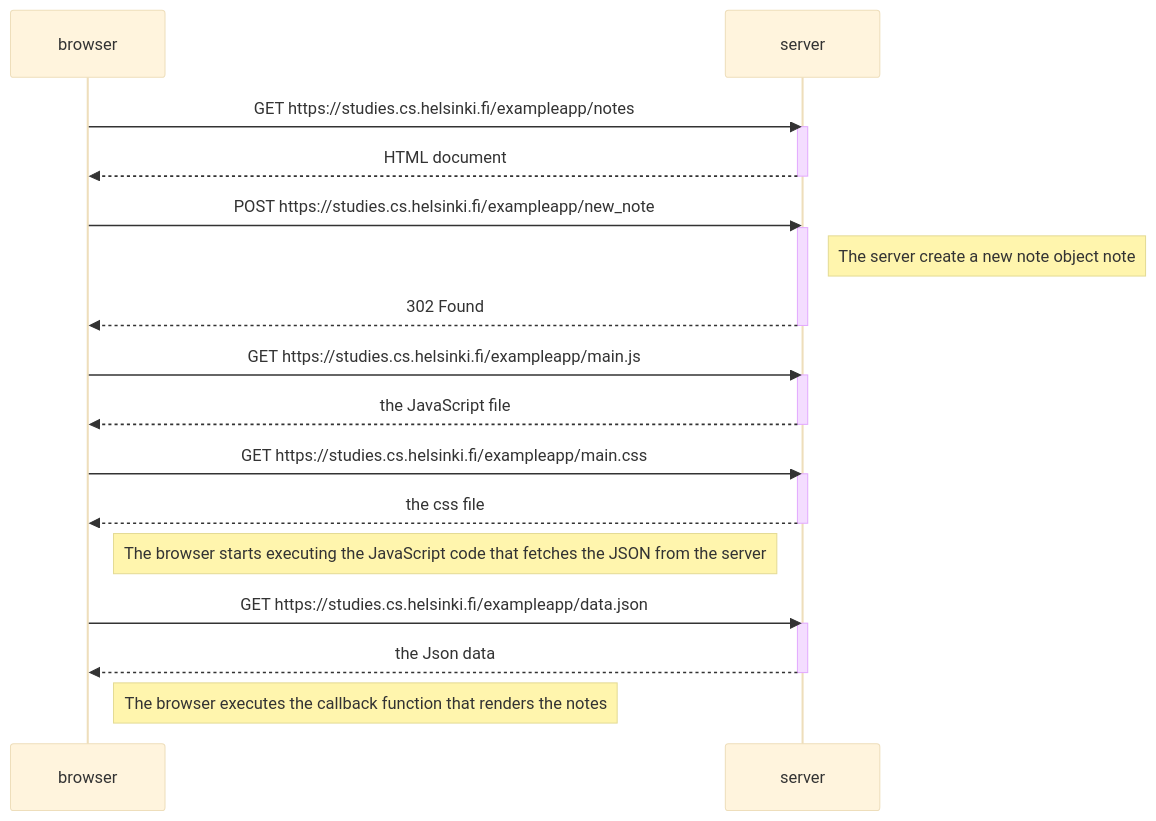
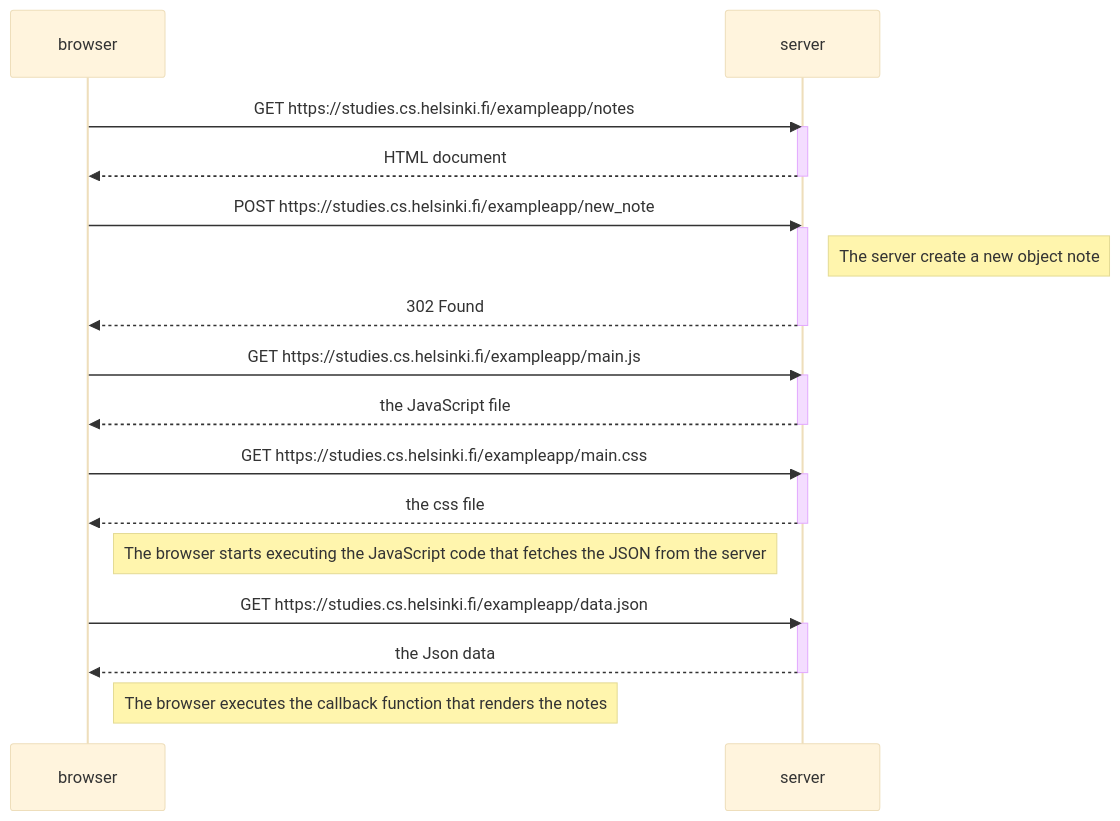
The diagram in part0/ejercicio04.mmd (MariaElena86/FullStack-UniversityHelsinki), drawn with Mermaid (base theme) before and after one commit.

Commit message:
update ex 4

```diff
--- a/part0/ejercicio04.mmd
+++ b/part0/ejercicio04.mmd
@@ -1,33 +1,33 @@
 sequenceDiagram
     participant browser
     participant server
 
    browser->>server: GET https://studies.cs.helsinki.fi/exampleapp/notes
     activate server
     server-->>browser: HTML document
     deactivate server
 
     browser->>server: POST https://studies.cs.helsinki.fi/exampleapp/new_note
         activate server
-        Note right of server: The server create a new note object note
+        Note right of server: The server create a new object note
         server-->>browser: 302 Found 
         deactivate server
        
     browser->>server: GET https://studies.cs.helsinki.fi/exampleapp/main.js
         activate server
         server-->>browser: the JavaScript file
         deactivate server
 
     browser->>server: GET https://studies.cs.helsinki.fi/exampleapp/main.css
         activate server
         server-->>browser: the css file
         deactivate server
 
 Note right of browser: The browser starts executing the JavaScript code that fetches the JSON from the server
 
     browser->>server: GET https://studies.cs.helsinki.fi/exampleapp/data.json
     activate server
     server-->>browser: the Json data
     deactivate server
 
 Note right of browser: The browser executes the callback function that renders the notes
```
